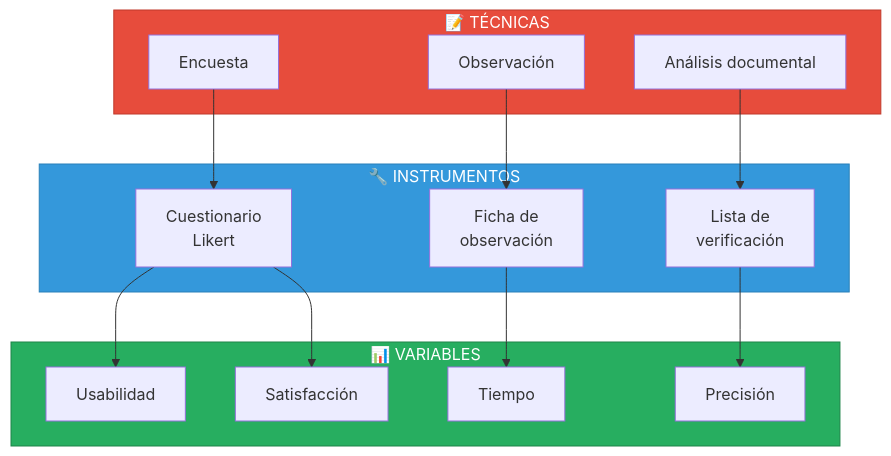
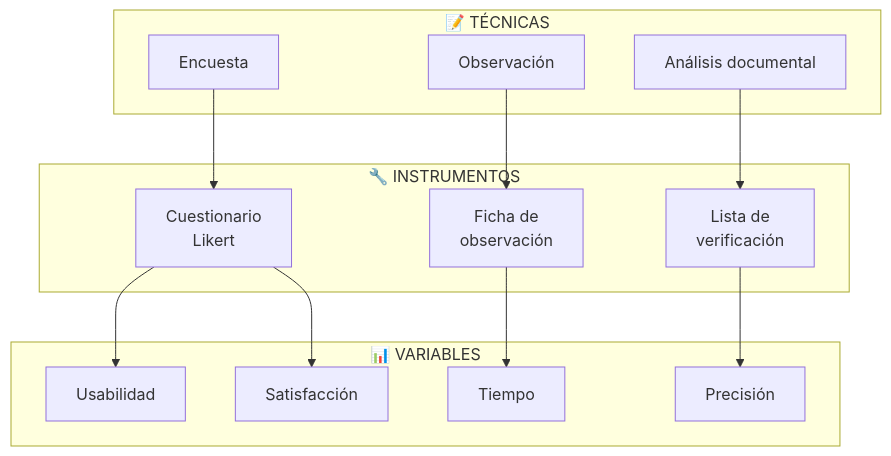
Before and after one commit to decagraff/LCService: the fifth of 8 diagrams in docs/04-metodologia/README.md, drawn with Mermaid. The commit also changed other lines of this file and 7 other files, not shown here.

````diff
--- a/docs/04-metodologia/README.md
+++ b/docs/04-metodologia/README.md
@@ -148,34 +141,31 @@
 ```mermaid
 flowchart TB
     subgraph tecnicas["📝 TÉCNICAS"]
         T1["Encuesta"]
         T2["Observación"]
         T3["Análisis documental"]
     end
 
     subgraph instrumentos["🔧 INSTRUMENTOS"]
         I1["Cuestionario<br/>Likert"]
         I2["Ficha de<br/>observación"]
         I3["Lista de<br/>verificación"]
     end
 
     subgraph variables["📊 VARIABLES"]
         V1["Usabilidad"]
         V2["Tiempo"]
         V3["Precisión"]
         V4["Satisfacción"]
     end
 
     T1 --> I1
     T2 --> I2
     T3 --> I3
 
     I1 --> V1
     I1 --> V4
     I2 --> V2
     I3 --> V3
 
-    style tecnicas fill:#e74c3c,stroke:#c0392b,color:#fff
-    style instrumentos fill:#3498db,stroke:#2980b9,color:#fff
-    style variables fill:#27ae60,stroke:#1e8449,color:#fff
 ```
````
